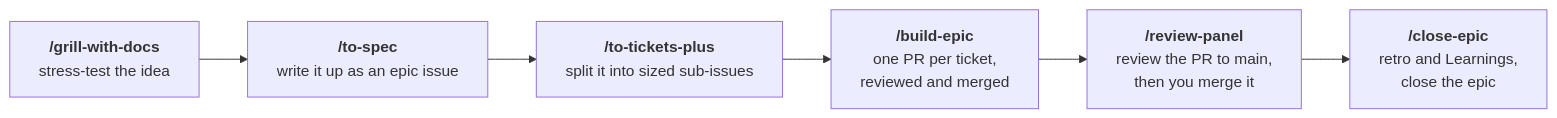
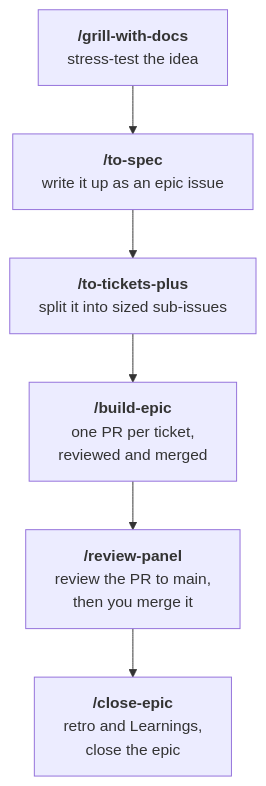
One commit to syn54x/skills changed the diagram in README.md. Above: the diagram before and after it, drawn with Mermaid.

Commit message:
docs: SDD flow diagram back to top to bottom (#7)
## Summary

The left-to-right layout from #6 was too wide for the README column, so
the SDD flow diagram goes back to top to bottom.

```diff
 ```mermaid
-flowchart LR
+flowchart TD
```

## Evidence

- **Before:** one row of six boxes, about 1,000px wide, shrunk to fit
the README column.
**After:** a vertical stack of the same six boxes, rendered with
`@mermaid-js/mermaid-cli` with no errors.

## Merge Danger

**Door:** two-way

**Blast Radius:** docs

One line in README.md.

🤖 Generated with [Claude Code](https://claude.com/claude-code)

````diff
--- a/README.md
+++ b/README.md
@@ -86,20 +86,20 @@
 ```mermaid
-flowchart LR
+flowchart TD
     grill["`**/grill-with-docs**
 stress-test the idea`"]
     spec["`**/to-spec**
 write it up as an epic issue`"]
     tickets["`**/to-tickets-plus**
 split it into sized sub-issues`"]
     build["`**/build-epic**
 one PR per ticket,
 reviewed and merged`"]
     ship["`**/review-panel**
 review the PR to main,
 then you merge it`"]
     close["`**/close-epic**
 retro and Learnings,
 close the epic`"]
 
     grill --> spec --> tickets --> build --> ship --> close
 ```
````
